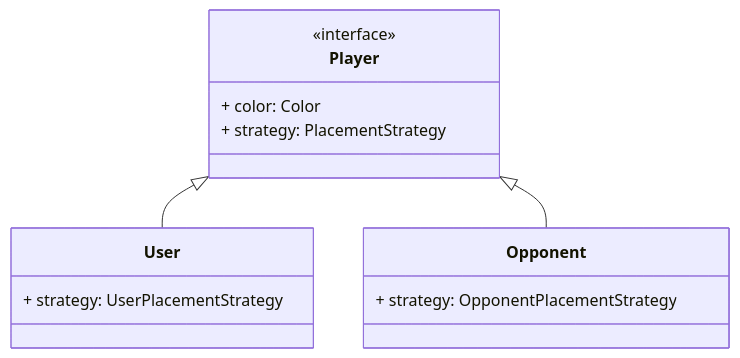
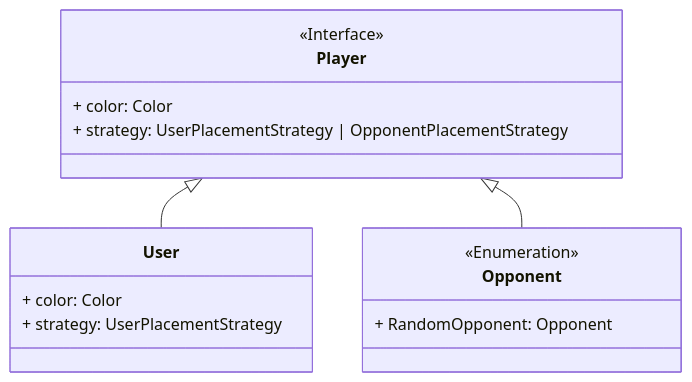
One commit to Borgotto/PPS-25-scalatello changed the third of 12 diagrams in docs/report/5-detailed-design.md. Above: the diagram before and after it, drawn with Mermaid. The commit also changed other lines of this file, not shown here.

First line of the commit message:
Update Player and PlacementStrategy documentation

````diff
--- a/docs/report/5-detailed-design.md
+++ b/docs/report/5-detailed-design.md
@@ -67,17 +67,17 @@
 ```mermaid
 classDiagram
-    class Player {
-        <<interface>>
+    class Player <<Interface>> {
         + color: Color
-        + strategy: PlacementStrategy
+        + strategy: UserPlacementStrategy | OpponentPlacementStrategy
     }
     class User {
+        + color: Color
         + strategy: UserPlacementStrategy
     }
-    class Opponent {
-        + strategy: OpponentPlacementStrategy
+    class Opponent <<Enumeration>> {
+        + RandomOpponent: Opponent
     }
 
     Player <|-- User
     Player <|-- Opponent
 ```
````
